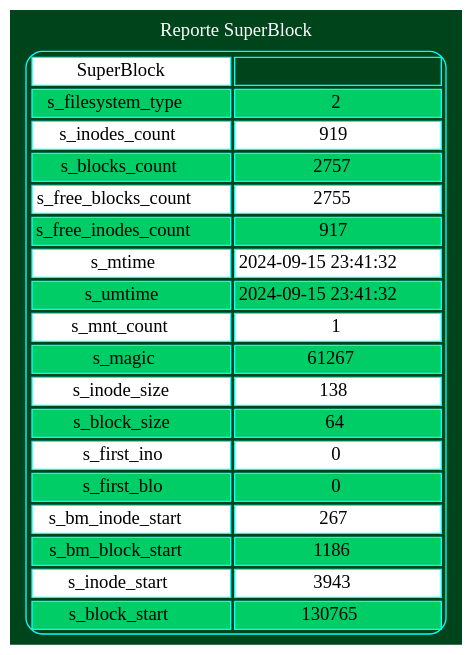
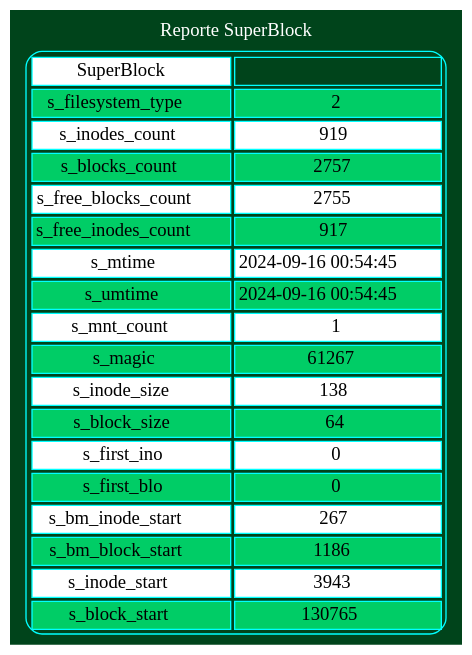
The diagram in output/reporteSB.dot (Josue013/MIA_2S_P1_202202481), drawn with Graphviz before and after one commit. The commit also changed 15 other files, not shown here.

```diff
--- a/output/reporteSB.dot
+++ b/output/reporteSB.dot
@@ -1,22 +1,22 @@
 digraph grid {bgcolor="#00441b" fontcolor="white" label=" Reporte SuperBlock "layout=dot labelloc = "t"edge [weigth=1000 style=dashed color=red4 dir = "both" arrowtail="open" arrowhead="open"]a0[shape=none, color=cyan, label=<
 <TABLE cellspacing="3" cellpadding="2" style="rounded" >
 <TR><TD bgcolor="white">SuperBlock</TD><TD></TD></TR>
 <TR><TD bgcolor="springgreen3">s_filesystem_type</TD><TD bgcolor="springgreen3">2</TD></TR>
 <TR><TD bgcolor="white">s_inodes_count</TD><TD bgcolor="white">919</TD></TR>
 <TR><TD bgcolor="springgreen3">s_blocks_count</TD><TD bgcolor="springgreen3">2757</TD></TR>
 <TR><TD bgcolor="white">s_free_blocks_count</TD><TD bgcolor="white">2755</TD></TR>
 <TR><TD bgcolor="springgreen3">s_free_inodes_count</TD><TD bgcolor="springgreen3">917</TD></TR>
-<TR><TD bgcolor="white">s_mtime</TD><TD bgcolor="white">2024-09-15 23:41:32</TD></TR>
-<TR><TD bgcolor="springgreen3">s_umtime</TD><TD bgcolor="springgreen3">2024-09-15 23:41:32</TD></TR>
+<TR><TD bgcolor="white">s_mtime</TD><TD bgcolor="white">2024-09-16 00:54:45</TD></TR>
+<TR><TD bgcolor="springgreen3">s_umtime</TD><TD bgcolor="springgreen3">2024-09-16 00:54:45</TD></TR>
 <TR><TD bgcolor="white">s_mnt_count</TD><TD bgcolor="white">1</TD></TR>
 <TR><TD bgcolor="springgreen3">s_magic</TD><TD bgcolor="springgreen3">61267</TD></TR>
 <TR><TD bgcolor="white">s_inode_size</TD><TD bgcolor="white">138</TD></TR>
 <TR><TD bgcolor="springgreen3">s_block_size</TD><TD bgcolor="springgreen3">64</TD></TR>
 <TR><TD bgcolor="white">s_first_ino</TD><TD bgcolor="white">0</TD></TR>
 <TR><TD bgcolor="springgreen3">s_first_blo</TD><TD bgcolor="springgreen3">0</TD></TR>
 <TR><TD bgcolor="white">s_bm_inode_start</TD><TD bgcolor="white">267</TD></TR>
 <TR><TD bgcolor="springgreen3">s_bm_block_start</TD><TD bgcolor="springgreen3">1186</TD></TR>
 <TR><TD bgcolor="white">s_inode_start</TD><TD bgcolor="white">3943</TD></TR>
 <TR><TD bgcolor="springgreen3">s_block_start</TD><TD bgcolor="springgreen3">130765</TD></TR>
 </TABLE>>];
 }
```
